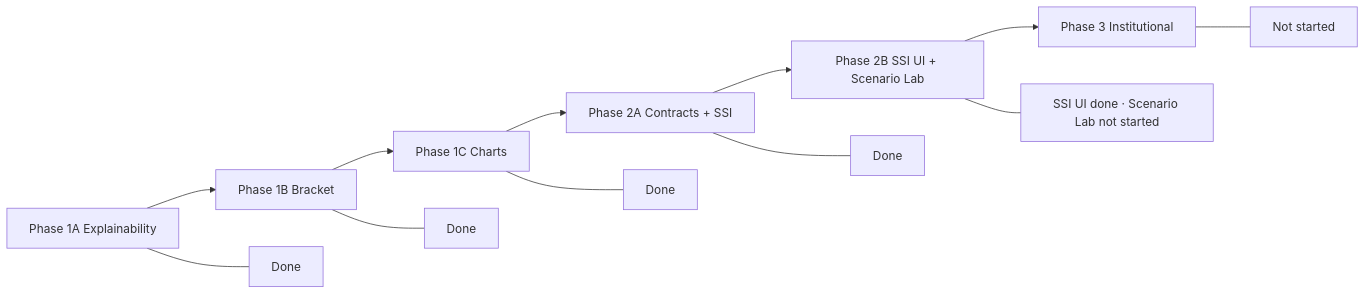
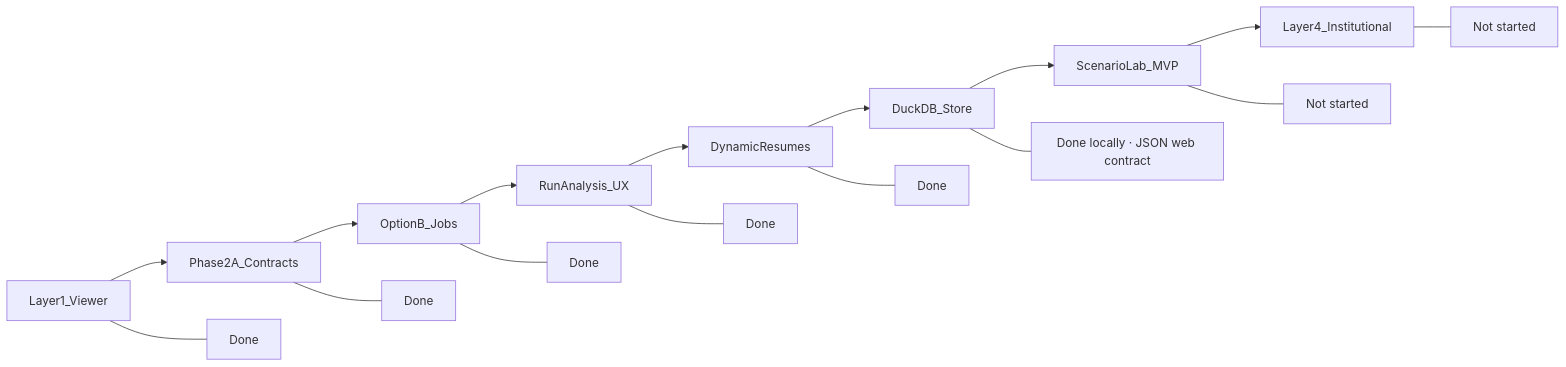
The diagram in .cursor/plans/vision_progress_assessment_ca926609.plan.md (XavierAgostino/cfp-selection-simulator), drawn with Mermaid before and after one commit. The commit also changed other lines of this file, not shown here.

First line of the commit message:
docs: refresh vision assessment for platform layer completion

````diff
--- a/.cursor/plans/vision_progress_assessment_ca926609.plan.md
+++ b/.cursor/plans/vision_progress_assessment_ca926609.plan.md
@@ -61,18 +105,22 @@
 ```mermaid
 flowchart LR
-  P1A[Phase 1A Explainability]
-  P1B[Phase 1B Bracket]
-  P1C[Phase 1C Charts]
-  P2A[Phase 2A Contracts + SSI]
-  P2B[Phase 2B SSI UI + Scenario Lab]
-  P3[Phase 3 Institutional]
+  P1[Layer1_Viewer]
+  P2A[Phase2A_Contracts]
+  P2B1[OptionB_Jobs]
+  P2B2[RunAnalysis_UX]
+  P2B3[DynamicResumes]
+  P2C[DuckDB_Store]
+  SL[ScenarioLab_MVP]
+  P3[Layer4_Institutional]
 
-  P1A --> P1B --> P1C --> P2A --> P2B --> P3
+  P1 --> P2A --> P2B1 --> P2B2 --> P2B3 --> P2C --> SL --> P3
 
-  P1A --- done1[Done]
-  P1B --- done2[Done]
-  P1C --- done3[Done]
-  P2A --- done4[Done]
-  P2B --- split["SSI UI done · Scenario Lab not started"]
-  P3 --- todo[Not started]
+  P1 --- d1[Done]
+  P2A --- d2[Done]
+  P2B1 --- d3[Done]
+  P2B2 --- d4[Done]
+  P2B3 --- d5[Done]
+  P2C --- d6["Done locally · JSON web contract"]
+  SL --- t1[Not started]
+  P3 --- t2[Not started]
 ```
````
